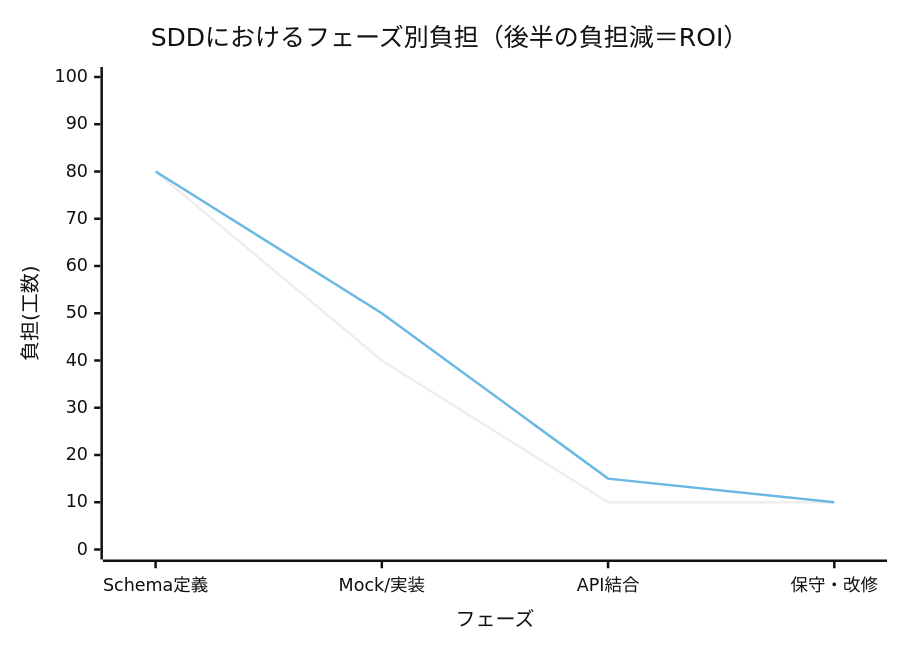
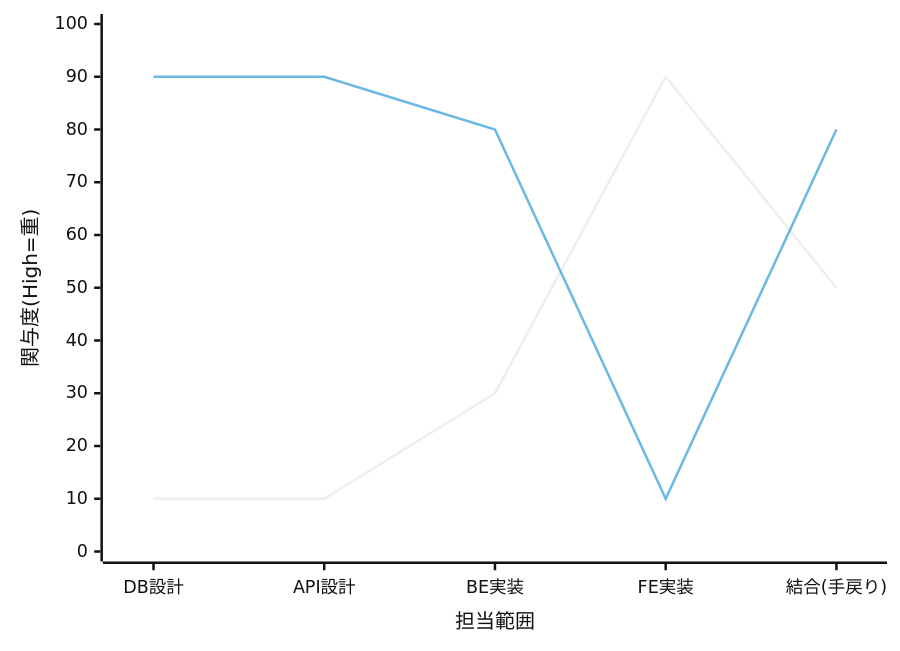
Before and after one commit to Hal-Spidernight/slide_tskaigi_hokuriku: the first of 4 diagrams in pages/section3.md, drawn with Mermaid (neutral theme). The commit also changed other lines of this file and 1 other file, not shown here.

````diff
--- a/pages/section3.md
+++ b/pages/section3.md
@@ -17,8 +20,7 @@
 ```mermaid
 xychart-beta
-    title "SDDにおけるフェーズ別負担（後半の負担減＝ROI）"
-    x-axis "フェーズ" ["Schema定義", "Mock/実装", "API結合", "保守・改修"]
-    y-axis "負担(工数)" 0 --> 100
-    line [80, 40, 10, 10]
-    line [80, 50, 15, 10]
+    x-axis "担当範囲" ["DB設計", "API設計", "BE実装", "FE実装", "結合(手戻り)"]
+    y-axis "関与度(High=重)" 0 --> 100
+    line [10, 10, 30, 90, 50]
+    line [90, 90, 80, 10, 80]
 ```
````
